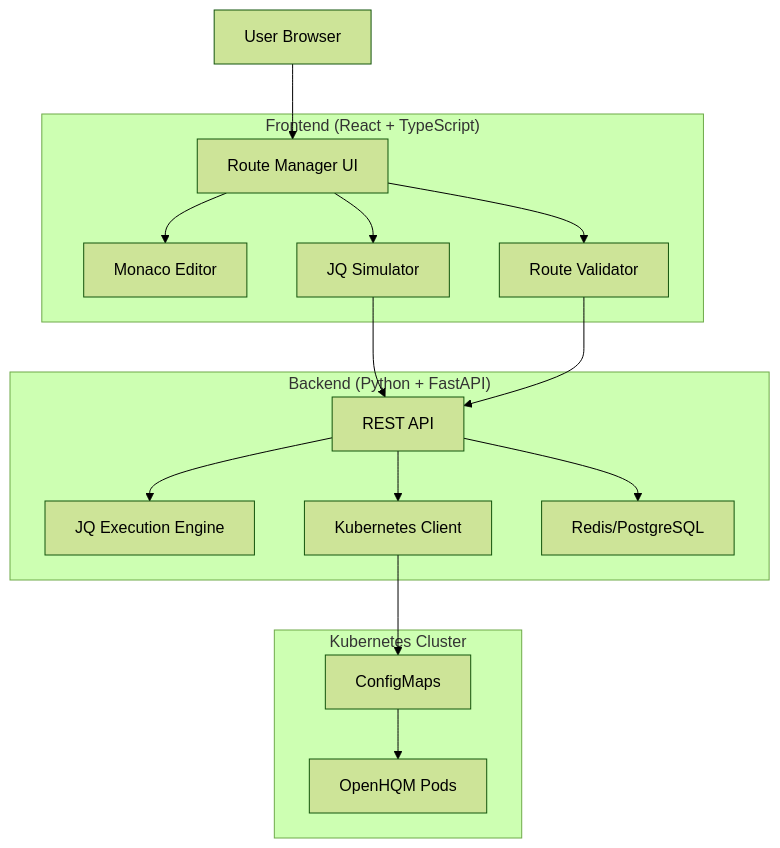
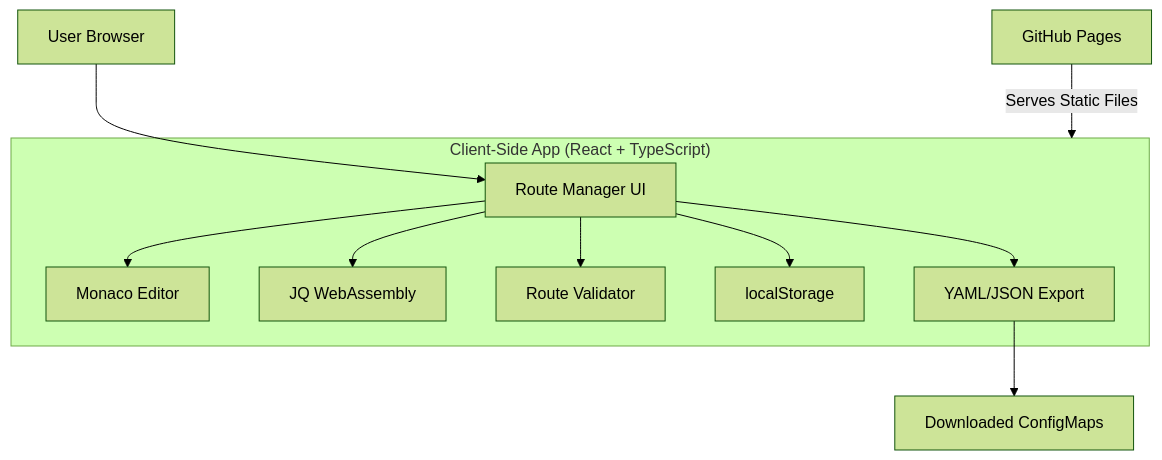
The diagram in SDD.md (fok666/openhqm-rm), drawn with Mermaid (forest theme) before and after one commit. The commit also changed other lines of this file and 103 other files, not shown here.

````diff
--- a/SDD.md
+++ b/SDD.md
@@ -36,37 +35,25 @@
 ```mermaid
 flowchart TD
     User[User Browser]
     
-    subgraph Frontend["Frontend (React + TypeScript)"]
+    subgraph App["Client-Side App (React + TypeScript)"]
         UI[Route Manager UI]
         Editor[Monaco Editor]
-        Simulator[JQ Simulator]
+        JQEngine[JQ WebAssembly]
         Validator[Route Validator]
+        Storage[localStorage]
+        Export[YAML/JSON Export]
     end
     
-    subgraph Backend["Backend (Python + FastAPI)"]
-        API[REST API]
-        JQEngine[JQ Execution Engine]
-        K8sClient[Kubernetes Client]
-        Storage[Redis/PostgreSQL]
-    end
+    GitHub[GitHub Pages]
+    Download[Downloaded ConfigMaps]
     
-    subgraph K8s["Kubernetes Cluster"]
-        ConfigMaps[ConfigMaps]
-        OpenHQM[OpenHQM Pods]
-    end
-    
+    GitHub -->|Serves Static Files| App
     User --> UI
     UI --> Editor
-    UI --> Simulator
+    UI --> JQEngine
     UI --> Validator
-    
-    Simulator --> API
-    Validator --> API
-    API --> JQEngine
-    API --> K8sClient
-    API --> Storage
-    
-    K8sClient --> ConfigMaps
-    ConfigMaps --> OpenHQM
+    UI --> Storage
+    UI --> Export
+    Export --> Download
 ```
````
